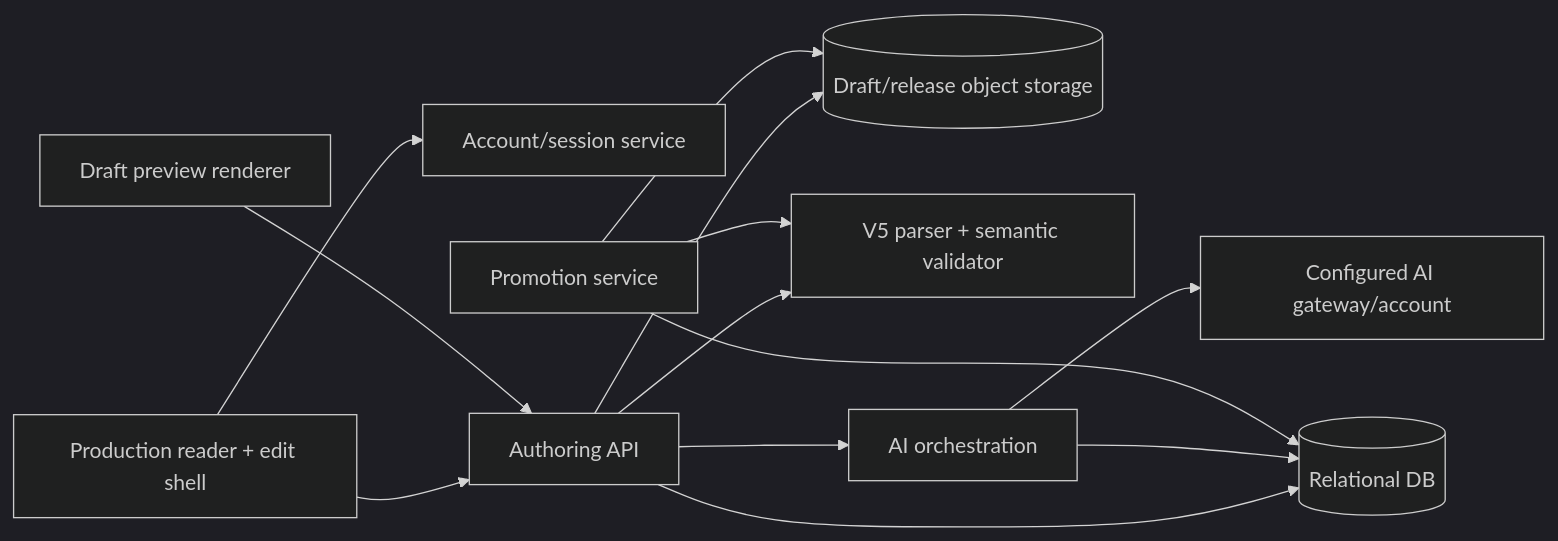
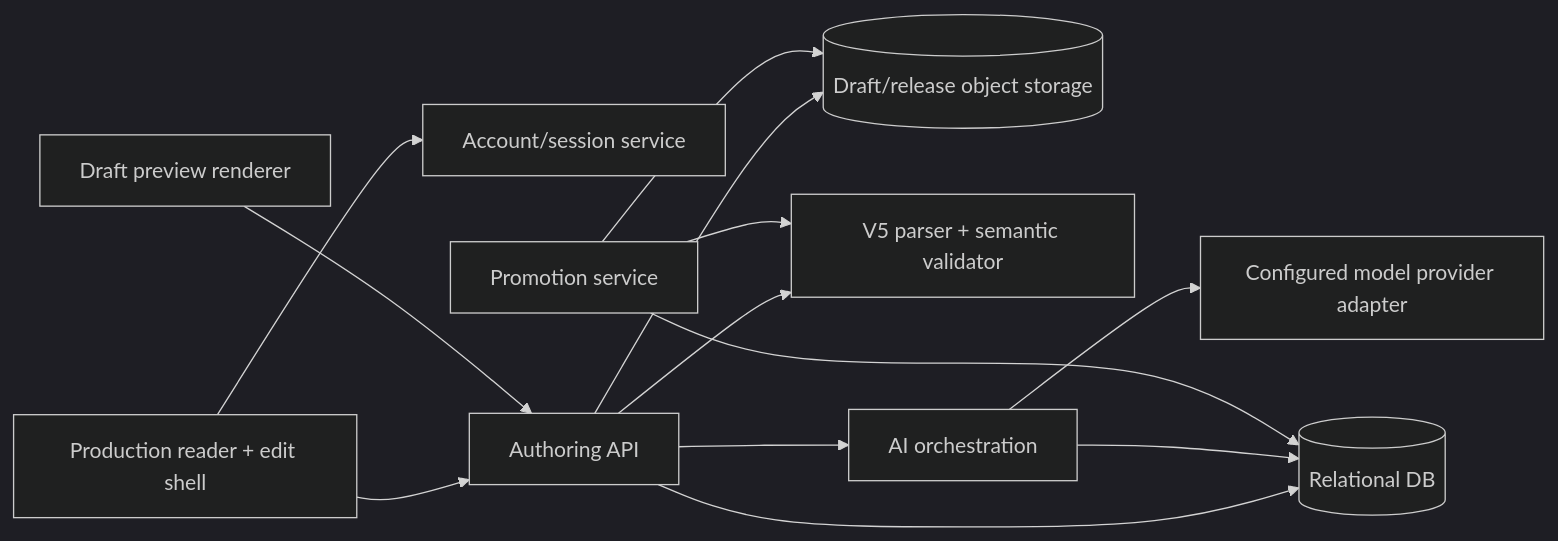
The second of 2 diagrams in docs/ai-production-authoring-design.md (pete-capvista/scrolltastic), drawn with Mermaid (dark theme) before and after one commit. The commit also changed other lines of this file and 128 other files, not shown here.

````diff
--- a/docs/ai-production-authoring-design.md
+++ b/docs/ai-production-authoring-design.md
@@ -293,15 +302,15 @@
 ```mermaid
 flowchart LR
   Reader[Production reader + edit shell] --> Auth[Account/session service]
   Reader --> Authoring[Authoring API]
   Authoring --> DB[(Relational DB)]
   Authoring --> Store[(Draft/release object storage)]
   Authoring --> Validator[V5 parser + semantic validator]
   Authoring --> AI[AI orchestration]
-  AI --> Gateway[Configured AI gateway/account]
+  AI --> Provider[Configured model provider adapter]
   AI --> DB
   Preview[Draft preview renderer] --> Authoring
   Commit[Promotion service] --> Validator
   Commit --> DB
   Commit --> Store
 ```
````
